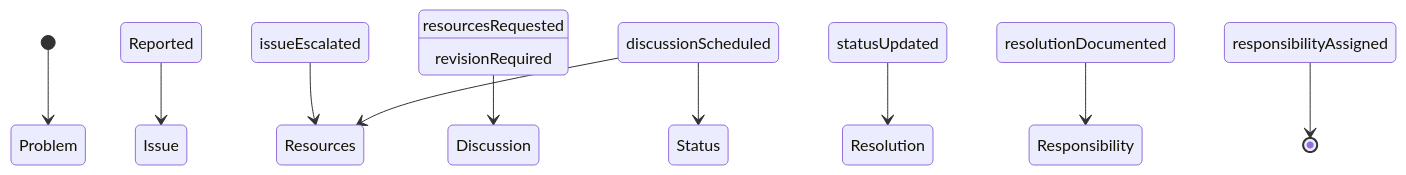
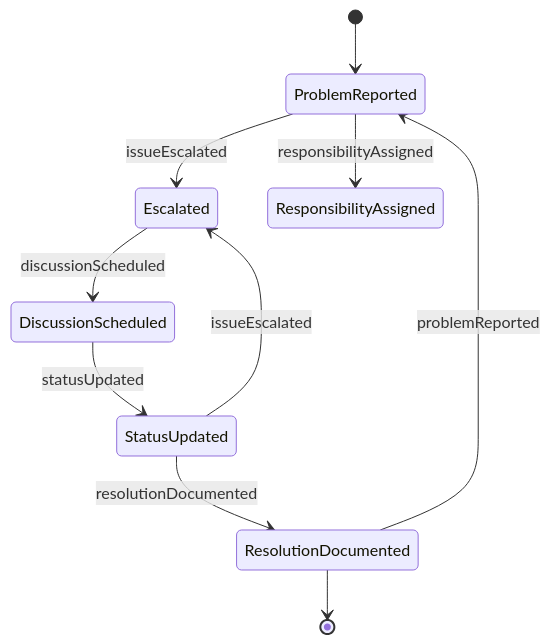
The second of 4 diagrams in CommunicatingWithSupervisorsPeersOrSubordinates/CoordinateWithOthersToResolveProblems/CommunicateManagementStaffResolveProblems.mdx (dot-org-ai/tasks.org.ai), drawn with Mermaid before and after one commit. The commit also changed other lines of this file and 515 other files, not shown here.

````diff
--- a/CommunicatingWithSupervisorsPeersOrSubordinates/CoordinateWithOthersToResolveProblems/CommunicateManagementStaffResolveProblems.mdx
+++ b/CommunicatingWithSupervisorsPeersOrSubordinates/CoordinateWithOthersToResolveProblems/CommunicateManagementStaffResolveProblems.mdx
@@ -99,12 +99,12 @@
 ```mermaid
 stateDiagram-v2
-    [*] --> Problem Reported
-    Problem Reported --> Issue Escalated : issueEscalated
-    Issue Escalated --> Resources Requested : resourcesRequested
-    Resources Requested --> Discussion Scheduled : discussionScheduled
-    Discussion Scheduled --> Status Updated : statusUpdated
-    Status Updated --> Resolution Documented : resolutionDocumented
-    Resolution Documented --> Responsibility Assigned : responsibilityAssigned
-    Discussion Scheduled --> Resources Requested : revisionRequired
-    Responsibility Assigned --> [*]
+    [*] --> ProblemReported
+    ProblemReported --> Escalated : issueEscalated
+    ProblemReported --> ResponsibilityAssigned : responsibilityAssigned
+    Escalated --> DiscussionScheduled : discussionScheduled
+    DiscussionScheduled --> StatusUpdated : statusUpdated
+    StatusUpdated --> ResolutionDocumented : resolutionDocumented
+    StatusUpdated --> Escalated : issueEscalated
+    ResolutionDocumented --> ProblemReported : problemReported
+    ResolutionDocumented --> [*]
 ```
````
